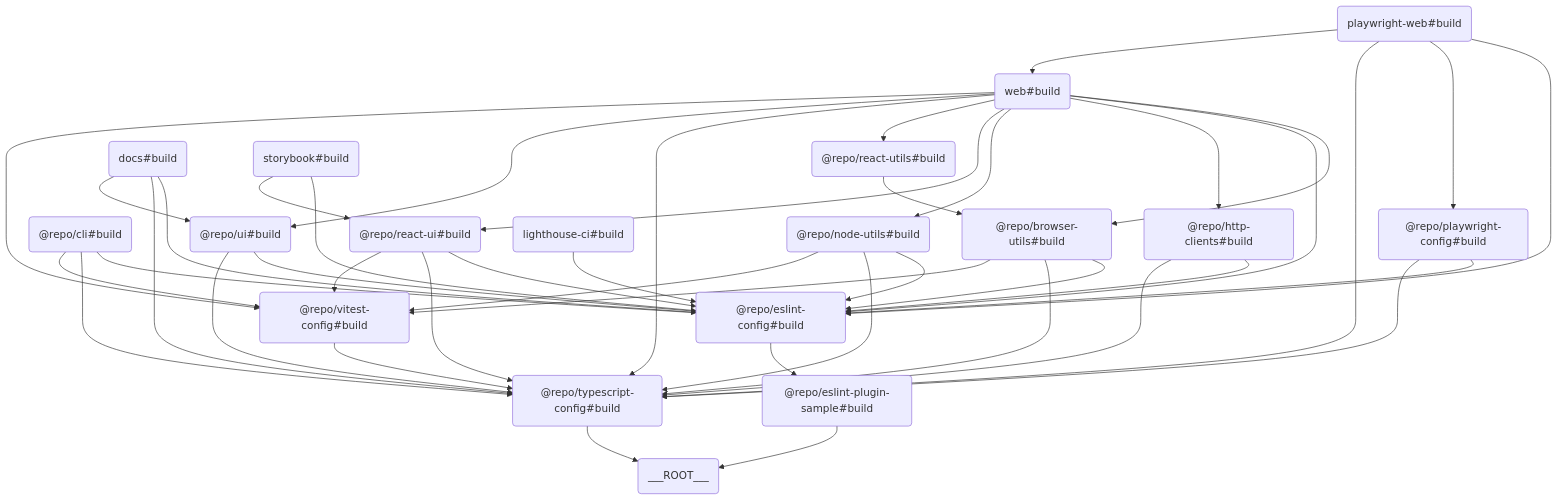
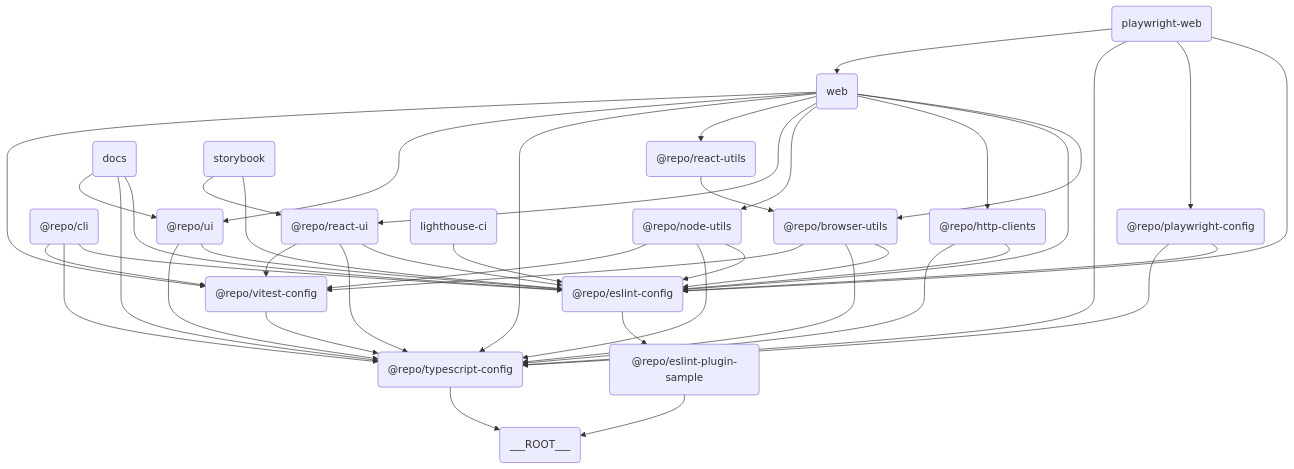
The diagram in README.md (iamhoonse-dev/turborepo-template), drawn with Mermaid before and after one commit.

Commit message:
docs(readme): 프로젝트 루트 README 에서 구성 요소 간 관계도 mermaid 차트 내 각 노드에서 불필요한 #build 문자열 제거

````diff
--- a/README.md
+++ b/README.md
@@ -42,45 +42,45 @@
 ```mermaid
 graph TD
-  QHZT("@repo/browser-utils#build") --> ETTT("@repo/eslint-config#build")
-  QHZT("@repo/browser-utils#build") --> JEGP("@repo/typescript-config#build")
-  QHZT("@repo/browser-utils#build") --> EMLE("@repo/vitest-config#build")
-  LRHC("@repo/cli#build") --> ETTT("@repo/eslint-config#build")
-  LRHC("@repo/cli#build") --> JEGP("@repo/typescript-config#build")
-  LRHC("@repo/cli#build") --> EMLE("@repo/vitest-config#build")
-  ETTT("@repo/eslint-config#build") --> GLAO("@repo/eslint-plugin-sample#build")
-  GLAO("@repo/eslint-plugin-sample#build") --> VELR("___ROOT___")
-  TXWC("@repo/http-clients#build") --> ETTT("@repo/eslint-config#build")
-  TXWC("@repo/http-clients#build") --> JEGP("@repo/typescript-config#build")
-  WCIN("@repo/node-utils#build") --> ETTT("@repo/eslint-config#build")
-  WCIN("@repo/node-utils#build") --> JEGP("@repo/typescript-config#build")
-  WCIN("@repo/node-utils#build") --> EMLE("@repo/vitest-config#build")
-  TPBW("@repo/playwright-config#build") --> ETTT("@repo/eslint-config#build")
-  TPBW("@repo/playwright-config#build") --> JEGP("@repo/typescript-config#build")
-  BHWE("@repo/react-ui#build") --> ETTT("@repo/eslint-config#build")
-  BHWE("@repo/react-ui#build") --> JEGP("@repo/typescript-config#build")
-  BHWE("@repo/react-ui#build") --> EMLE("@repo/vitest-config#build")
-  MKNG("@repo/react-utils#build") --> QHZT("@repo/browser-utils#build")
-  JEGP("@repo/typescript-config#build") --> VELR("___ROOT___")
-  IRKD("@repo/ui#build") --> ETTT("@repo/eslint-config#build")
-  IRKD("@repo/ui#build") --> JEGP("@repo/typescript-config#build")
-  EMLE("@repo/vitest-config#build") --> JEGP("@repo/typescript-config#build")
-  UWBQ("docs#build") --> ETTT("@repo/eslint-config#build")
-  UWBQ("docs#build") --> JEGP("@repo/typescript-config#build")
-  UWBQ("docs#build") --> IRKD("@repo/ui#build")
-  FBWM("lighthouse-ci#build") --> ETTT("@repo/eslint-config#build")
-  NRTE("playwright-web#build") --> ETTT("@repo/eslint-config#build")
-  NRTE("playwright-web#build") --> TPBW("@repo/playwright-config#build")
-  NRTE("playwright-web#build") --> JEGP("@repo/typescript-config#build")
-  NRTE("playwright-web#build") --> GVMR("web#build")
-  ITTZ("storybook#build") --> ETTT("@repo/eslint-config#build")
-  ITTZ("storybook#build") --> BHWE("@repo/react-ui#build")
-  GVMR("web#build") --> QHZT("@repo/browser-utils#build")
-  GVMR("web#build") --> ETTT("@repo/eslint-config#build")
-  GVMR("web#build") --> TXWC("@repo/http-clients#build")
-  GVMR("web#build") --> WCIN("@repo/node-utils#build")
-  GVMR("web#build") --> BHWE("@repo/react-ui#build")
-  GVMR("web#build") --> MKNG("@repo/react-utils#build")
-  GVMR("web#build") --> JEGP("@repo/typescript-config#build")
-  GVMR("web#build") --> IRKD("@repo/ui#build")
-  GVMR("web#build") --> EMLE("@repo/vitest-config#build")
+  QHZT("@repo/browser-utils") --> ETTT("@repo/eslint-config")
+  QHZT("@repo/browser-utils") --> JEGP("@repo/typescript-config")
+  QHZT("@repo/browser-utils") --> EMLE("@repo/vitest-config")
+  LRHC("@repo/cli") --> ETTT("@repo/eslint-config")
+  LRHC("@repo/cli") --> JEGP("@repo/typescript-config")
+  LRHC("@repo/cli") --> EMLE("@repo/vitest-config")
+  ETTT("@repo/eslint-config") --> GLAO("@repo/eslint-plugin-sample")
+  GLAO("@repo/eslint-plugin-sample") --> VELR("___ROOT___")
+  TXWC("@repo/http-clients") --> ETTT("@repo/eslint-config")
+  TXWC("@repo/http-clients") --> JEGP("@repo/typescript-config")
+  WCIN("@repo/node-utils") --> ETTT("@repo/eslint-config")
+  WCIN("@repo/node-utils") --> JEGP("@repo/typescript-config")
+  WCIN("@repo/node-utils") --> EMLE("@repo/vitest-config")
+  TPBW("@repo/playwright-config") --> ETTT("@repo/eslint-config")
+  TPBW("@repo/playwright-config") --> JEGP("@repo/typescript-config")
+  BHWE("@repo/react-ui") --> ETTT("@repo/eslint-config")
+  BHWE("@repo/react-ui") --> JEGP("@repo/typescript-config")
+  BHWE("@repo/react-ui") --> EMLE("@repo/vitest-config")
+  MKNG("@repo/react-utils") --> QHZT("@repo/browser-utils")
+  JEGP("@repo/typescript-config") --> VELR("___ROOT___")
+  IRKD("@repo/ui") --> ETTT("@repo/eslint-config")
+  IRKD("@repo/ui") --> JEGP("@repo/typescript-config")
+  EMLE("@repo/vitest-config") --> JEGP("@repo/typescript-config")
+  UWBQ("docs") --> ETTT("@repo/eslint-config")
+  UWBQ("docs") --> JEGP("@repo/typescript-config")
+  UWBQ("docs") --> IRKD("@repo/ui")
+  FBWM("lighthouse-ci") --> ETTT("@repo/eslint-config")
+  NRTE("playwright-web") --> ETTT("@repo/eslint-config")
+  NRTE("playwright-web") --> TPBW("@repo/playwright-config")
+  NRTE("playwright-web") --> JEGP("@repo/typescript-config")
+  NRTE("playwright-web") --> GVMR("web")
+  ITTZ("storybook") --> ETTT("@repo/eslint-config")
+  ITTZ("storybook") --> BHWE("@repo/react-ui")
+  GVMR("web") --> QHZT("@repo/browser-utils")
+  GVMR("web") --> ETTT("@repo/eslint-config")
+  GVMR("web") --> TXWC("@repo/http-clients")
+  GVMR("web") --> WCIN("@repo/node-utils")
+  GVMR("web") --> BHWE("@repo/react-ui")
+  GVMR("web") --> MKNG("@repo/react-utils")
+  GVMR("web") --> JEGP("@repo/typescript-config")
+  GVMR("web") --> IRKD("@repo/ui")
+  GVMR("web") --> EMLE("@repo/vitest-config")
 ```
````
